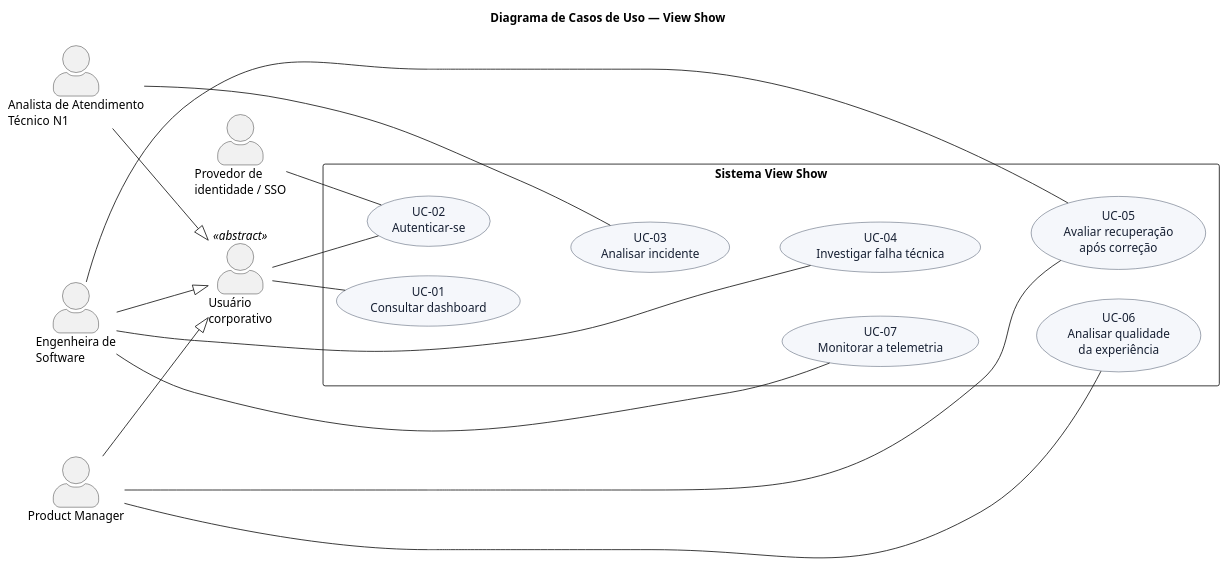
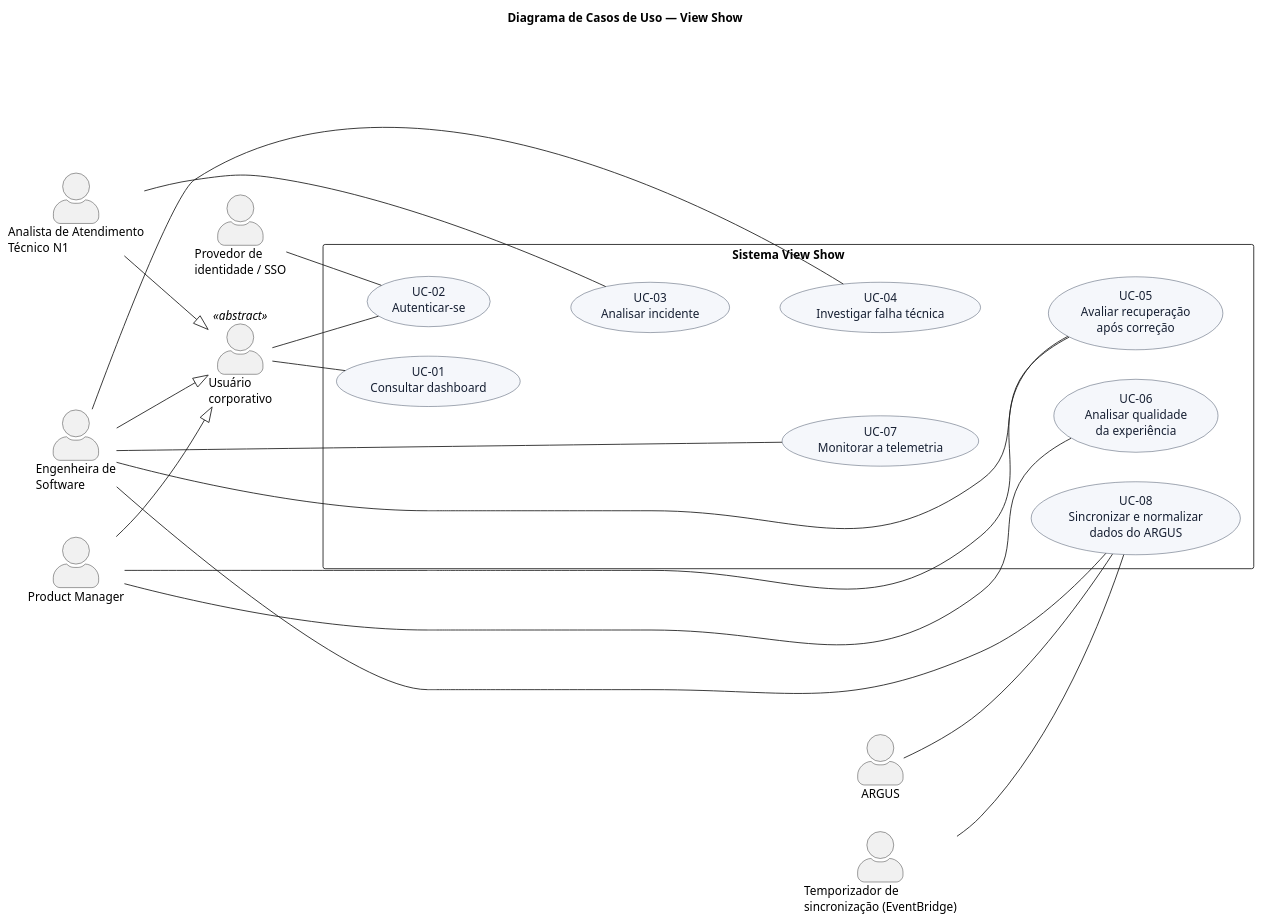
One commit to guedesrayssa/viewshow-ai-observability changed the diagram in assets/modelagem/casos-de-uso.puml. Above: the diagram before and after it, drawn with PlantUML. The commit also changed 2 other files, not shown here.

```diff
--- a/assets/modelagem/casos-de-uso.puml
+++ b/assets/modelagem/casos-de-uso.puml
@@ -1,51 +1,58 @@
 @startuml
 title Diagrama de Casos de Uso — View Show
 left to right direction
 
 skinparam backgroundColor white
 skinparam shadowing false
 skinparam defaultFontName Arial
 skinparam actorStyle awesome
 skinparam packageStyle rectangle
 skinparam usecase {
   BackgroundColor #F5F7FB
   BorderColor #233148
   FontColor #172033
 }
 
 actor "Usuário\ncorporativo" as Usuario <<abstract>>
 actor "Analista de Atendimento\nTécnico N1" as N1
 actor "Engenheira de\nSoftware" as Engenharia
 actor "Product Manager" as PM
 actor "Provedor de\nidentidade / SSO" as SSO
+actor "Temporizador de\nsincronização (EventBridge)" as Temporizador
+actor "ARGUS" as Argus
 
 N1 --|> Usuario
 Engenharia --|> Usuario
 PM --|> Usuario
 
 rectangle "Sistema View Show" {
   usecase "UC-01\nConsultar dashboard" as UC01
   usecase "UC-02\nAutenticar-se" as UC02
   usecase "UC-03\nAnalisar incidente" as UC03
   usecase "UC-04\nInvestigar falha técnica" as UC04
   usecase "UC-05\nAvaliar recuperação\napós correção" as UC05
   usecase "UC-06\nAnalisar qualidade\nda experiência" as UC06
   usecase "UC-07\nMonitorar a telemetria" as UC07
+  usecase "UC-08\nSincronizar e normalizar\ndados do ARGUS" as UC08
 }
 
 Usuario -- UC01
 Usuario -- UC02
 SSO -- UC02
 N1 -- UC03
 Engenharia -- UC04
 Engenharia -- UC05
 Engenharia -- UC07
+Engenharia -- UC08
 PM -- UC05
 PM -- UC06
+Temporizador -- UC08
+Argus -- UC08
 
 UC01 -[hidden]down- UC03
 UC03 -[hidden]down- UC04
 UC04 -[hidden]down- UC05
 UC05 -[hidden]right- UC06
 UC06 -[hidden]up- UC07
+UC07 -[hidden]down- UC08
 @enduml
```
